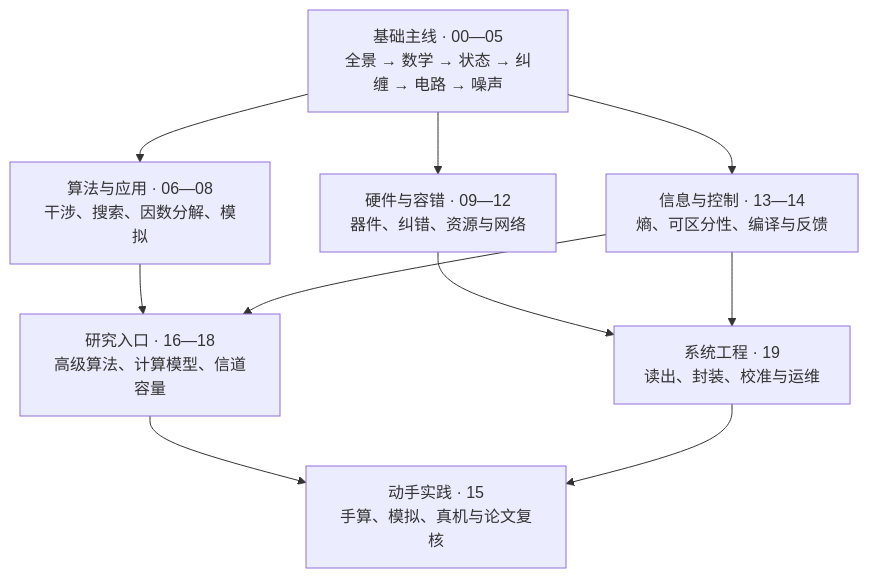
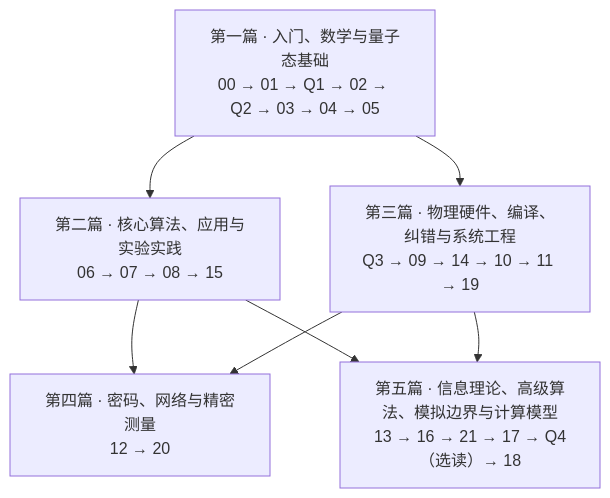
Before and after one commit to nanless/quantum-computing-handbook: the diagram in handbook/README.md, drawn with Mermaid. The commit also changed other lines of this file and 386 other files, not shown here.

````diff
--- a/handbook/README.md
+++ b/handbook/README.md
@@ -29,13 +29,14 @@
 ```mermaid
 flowchart TB
-  A["基础主线 · 00—05<br/>全景 → 数学 → 状态 → 纠缠 → 电路 → 噪声"]
-  A --> B["算法与应用 · 06—08<br/>干涉、搜索、因数分解、模拟"]
-  A --> C["硬件与容错 · 09—12<br/>器件、纠错、资源与网络"]
-  A --> D["信息与控制 · 13—14<br/>熵、可区分性、编译与反馈"]
-  B --> E["研究入口 · 16—18<br/>高级算法、计算模型、信道容量"]
-  C --> F["系统工程 · 19<br/>读出、封装、校准与运维"]
-  D --> E
-  D --> F
-  E --> G["动手实践 · 15<br/>手算、模拟、真机与论文复核"]
-  F --> G
+  P1["第一篇 · 入门、数学与量子态基础<br/>00 → 01 → Q1 → 02 → Q2 → 03 → 04 → 05"]
+  P2["第二篇 · 核心算法、应用与实验实践<br/>06 → 07 → 08 → 15"]
+  P3["第三篇 · 物理硬件、编译、纠错与系统工程<br/>Q3 → 09 → 14 → 10 → 11 → 19"]
+  P4["第四篇 · 密码、网络与精密测量<br/>12 → 20"]
+  P5["第五篇 · 信息理论、高级算法、模拟边界与计算模型<br/>13 → 16 → 21 → 17 → Q4（选读）→ 18"]
+  P1 --> P2
+  P1 --> P3
+  P2 --> P4
+  P3 --> P4
+  P2 --> P5
+  P3 --> P5
 ```
````
